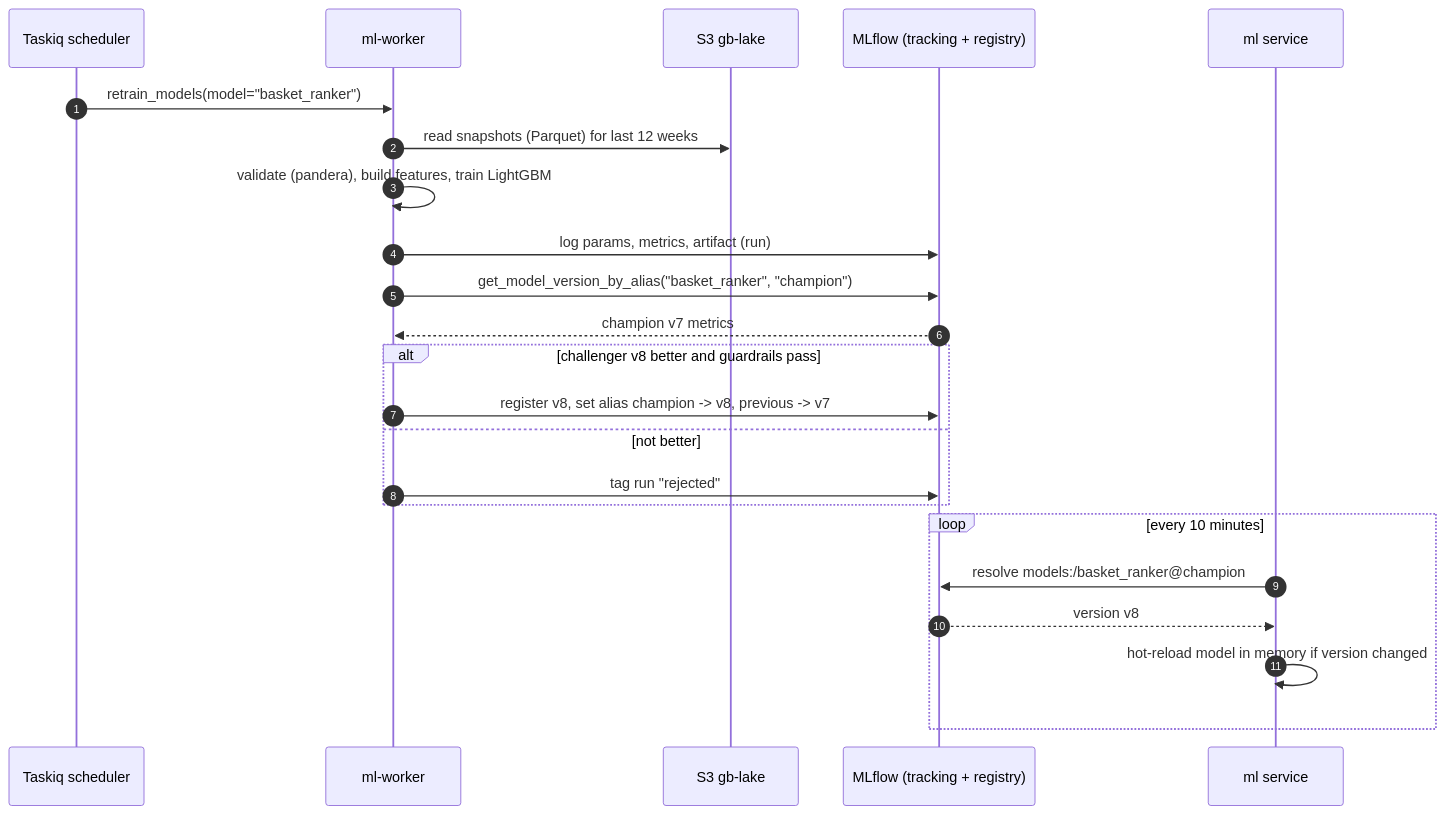
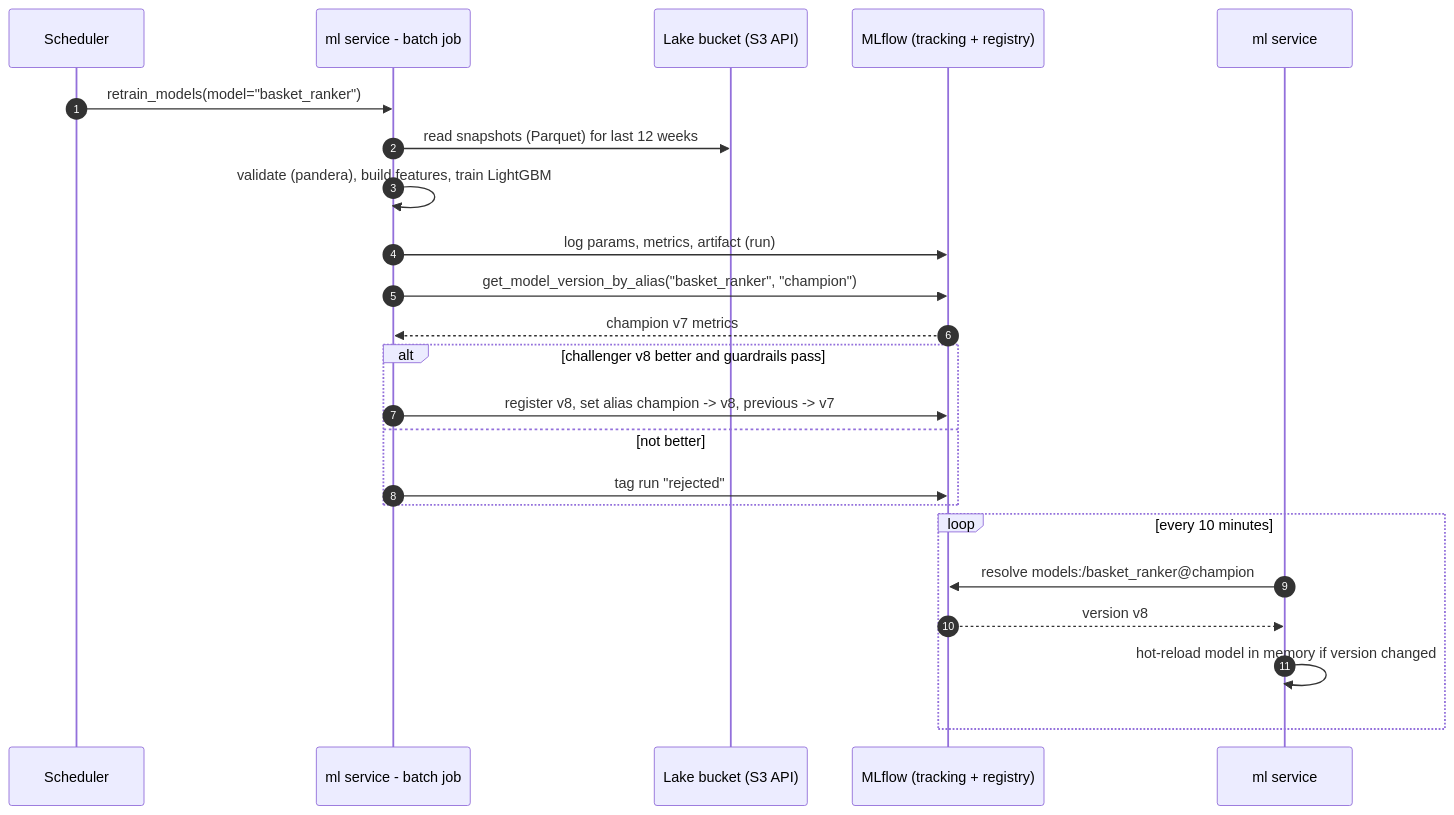
The third of 4 diagrams in docs/handbook/08-ai-and-ml.md (prelekar7/GharBasket), drawn with Mermaid before and after one commit. The commit also changed other lines of this file and 58 other files, not shown here.

````diff
--- a/docs/handbook/08-ai-and-ml.md
+++ b/docs/handbook/08-ai-and-ml.md
@@ -72,25 +74,25 @@
 ```mermaid
 sequenceDiagram
     autonumber
-    participant SCH as Taskiq scheduler
-    participant MW as ml-worker
-    participant S3 as S3 gb-lake
+    participant SCH as Scheduler
+    participant MW as ml service - batch job
+    participant S3 as Lake bucket (S3 API)
     participant MLF as MLflow (tracking + registry)
     participant ML as ml service
     SCH->>MW: retrain_models(model="basket_ranker")
     MW->>S3: read snapshots (Parquet) for last 12 weeks
     MW->>MW: validate (pandera), build features, train LightGBM
     MW->>MLF: log params, metrics, artifact (run)
     MW->>MLF: get_model_version_by_alias("basket_ranker", "champion")
     MLF-->>MW: champion v7 metrics
     alt challenger v8 better and guardrails pass
         MW->>MLF: register v8, set alias champion -> v8, previous -> v7
     else not better
         MW->>MLF: tag run "rejected"
     end
     loop every 10 minutes
         ML->>MLF: resolve models:/basket_ranker@champion
         MLF-->>ML: version v8
         ML->>ML: hot-reload model in memory if version changed
     end
 ```
````
